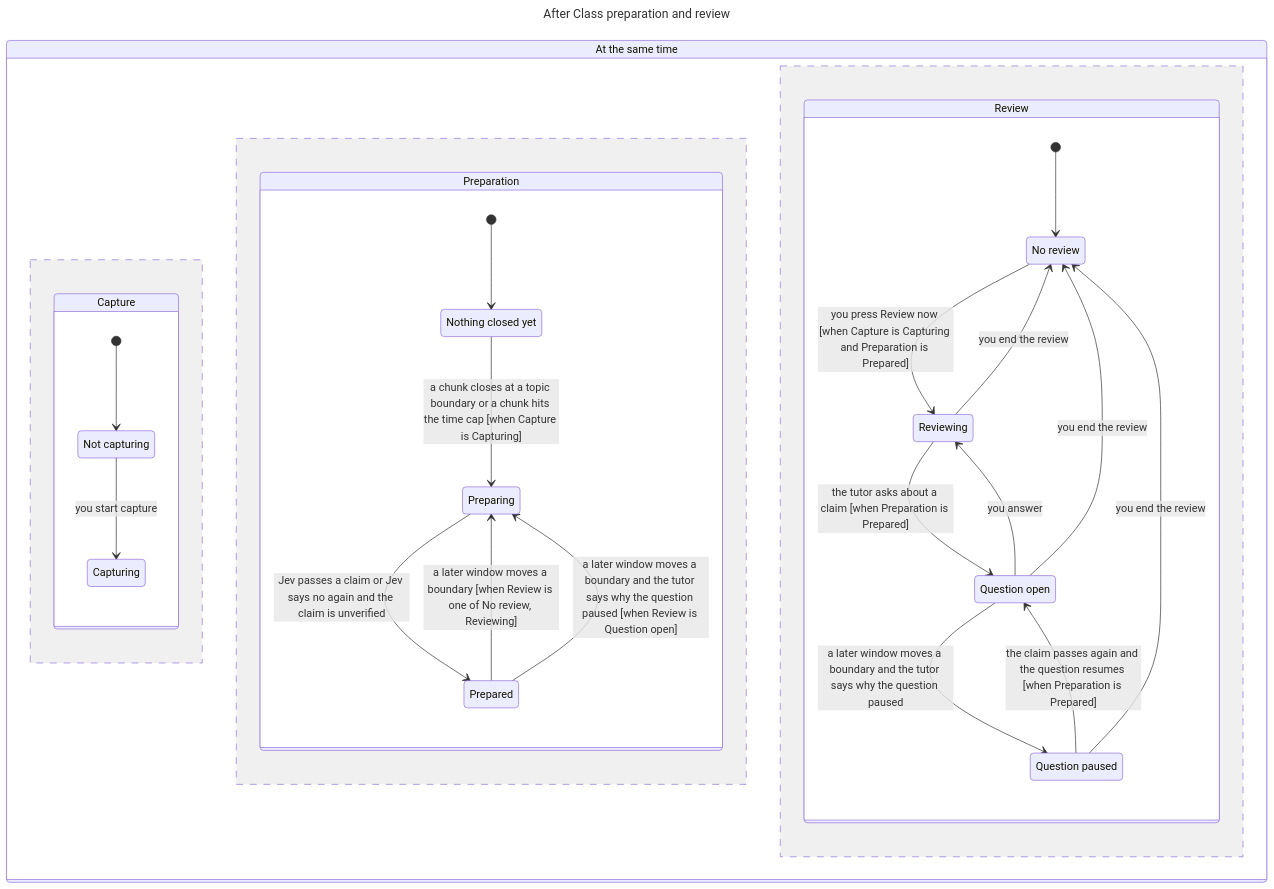
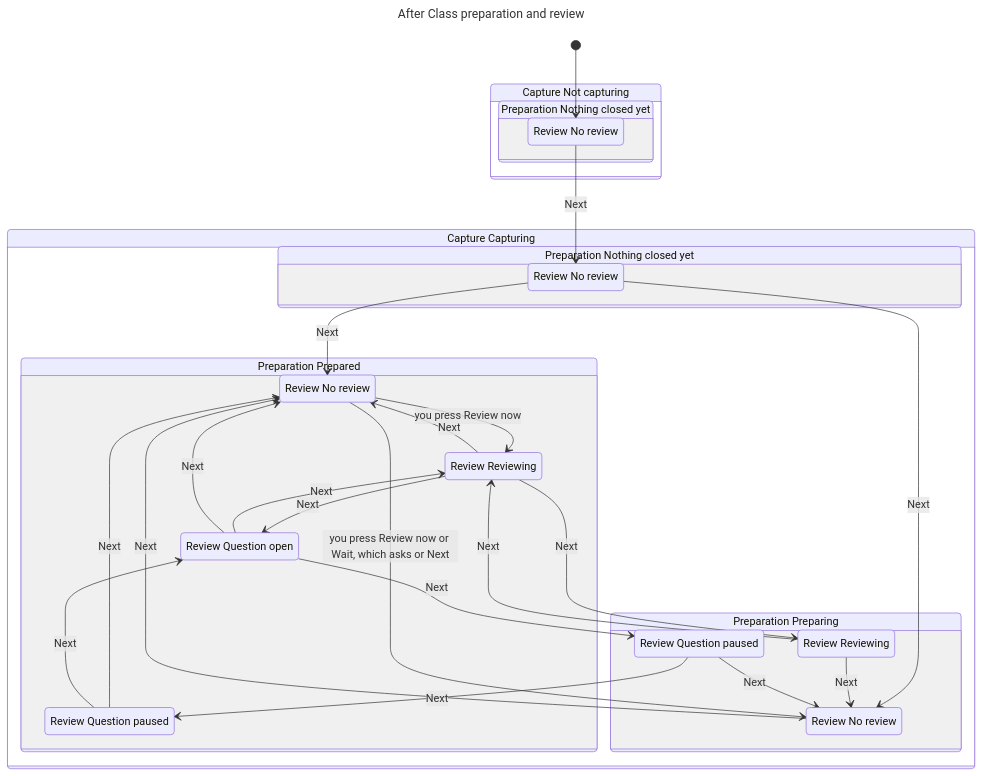
The diagram in docs/flows/model/out-preparation/chart/chart.mmd (DerekHertz/after-class), drawn with Mermaid before and after one commit. The commit also changed 58 other files, not shown here.

First line of the commit message:
feat(prep): prepare a lecture only once someone asks for its review (#352)

```diff
--- a/docs/flows/model/out-preparation/chart/chart.mmd
+++ b/docs/flows/model/out-preparation/chart/chart.mmd
@@ -1,40 +1,44 @@
 ---
 title: "After Class preparation and review"
 ---
 stateDiagram-v2
-  direction LR
-  state "At the same time" as all {
-    state "Capture" as r0 {
-      s0: Not capturing
-      s1: Capturing
-      [*] --> s0
-      s0 --> s1: you start capture
-    }
-    --
-    state "Preparation" as r1 {
-      s2: Nothing closed yet
-      s3: Preparing
-      s4: Prepared
-      [*] --> s2
-      s2 --> s3: a chunk closes at a topic boundary or a chunk hits the time cap [when Capture is Capturing]
-      s3 --> s4: Jev passes a claim or Jev says no again and the claim is unverified
-      s4 --> s3: a later window moves a boundary [when Review is one of No review, Reviewing]
-      s4 --> s3: a later window moves a boundary and the tutor says why the question paused [when Review is Question open]
-    }
-    --
-    state "Review" as r2 {
-      s5: No review
-      s6: Reviewing
-      s7: Question open
-      s8: Question paused
-      [*] --> s5
-      s5 --> s6: you press Review now [when Capture is Capturing and Preparation is Prepared]
-      s6 --> s5: you end the review
-      s6 --> s7: the tutor asks about a claim [when Preparation is Prepared]
-      s7 --> s6: you answer
-      s7 --> s5: you end the review
-      s7 --> s8: a later window moves a boundary and the tutor says why the question paused
-      s8 --> s5: you end the review
-      s8 --> s7: the claim passes again and the question resumes [when Preparation is Prepared]
+  state "Capture Not capturing" as s0 {
+    state "Preparation Nothing closed yet" as s1 {
+      s2: Review No review
     }
   }
+  state "Capture Capturing" as s3 {
+    state "Preparation Nothing closed yet" as s4 {
+      s5: Review No review
+    }
+    state "Preparation Prepared" as s6 {
+      s7: Review No review
+      s8: Review Reviewing
+      s9: Review Question open
+      s10: Review Question paused
+    }
+    state "Preparation Preparing" as s11 {
+      s12: Review No review
+      s13: Review Reviewing
+      s14: Review Question paused
+    }
+  }
+  [*] --> s2
+  s2 --> s5: Next
+  s5 --> s7: Next
+  s7 --> s12: you press Review now or Wait, which asks or Next
+  s5 --> s12: Next
+  s12 --> s7: Next
+  s7 --> s8: you press Review now
+  s8 --> s7: Next
+  s8 --> s9: Next
+  s9 --> s8: Next
+  s9 --> s7: Next
+  s8 --> s13: Next
+  s13 --> s8: Next
+  s13 --> s12: Next
+  s9 --> s14: Next
+  s14 --> s12: Next
+  s14 --> s10: Next
+  s10 --> s7: Next
+  s10 --> s9: Next
```
